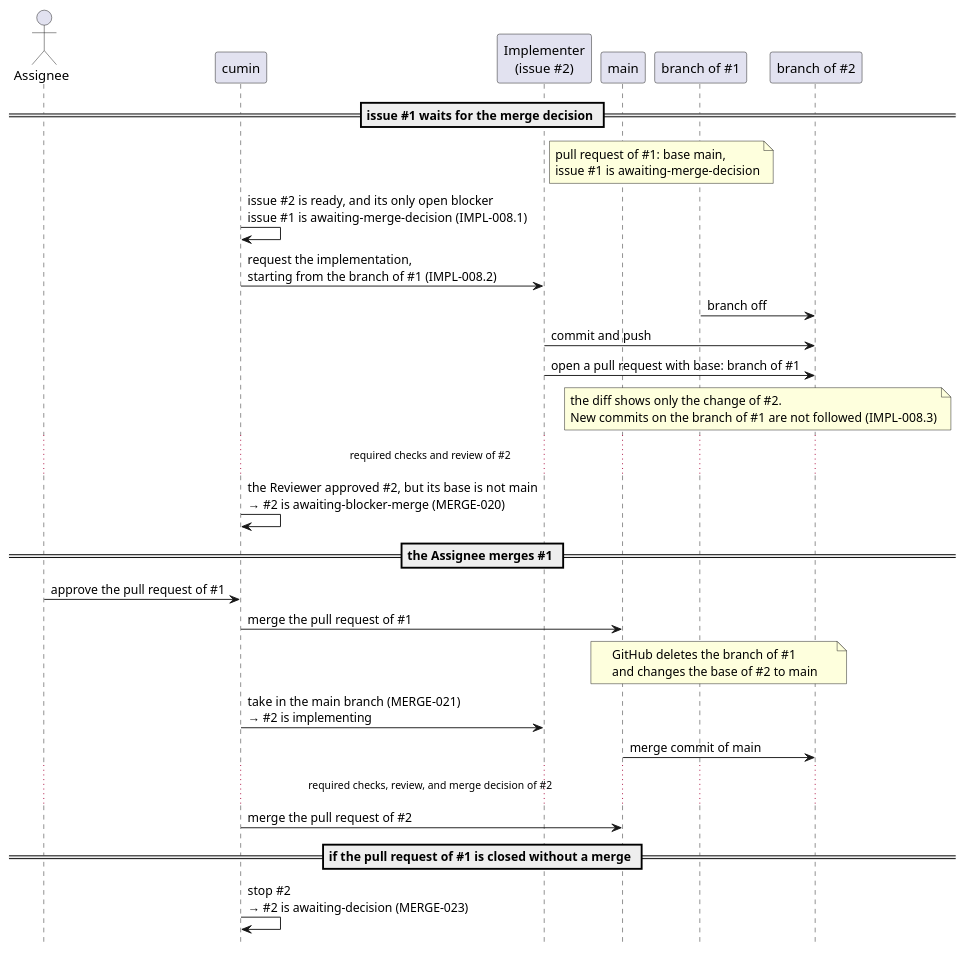
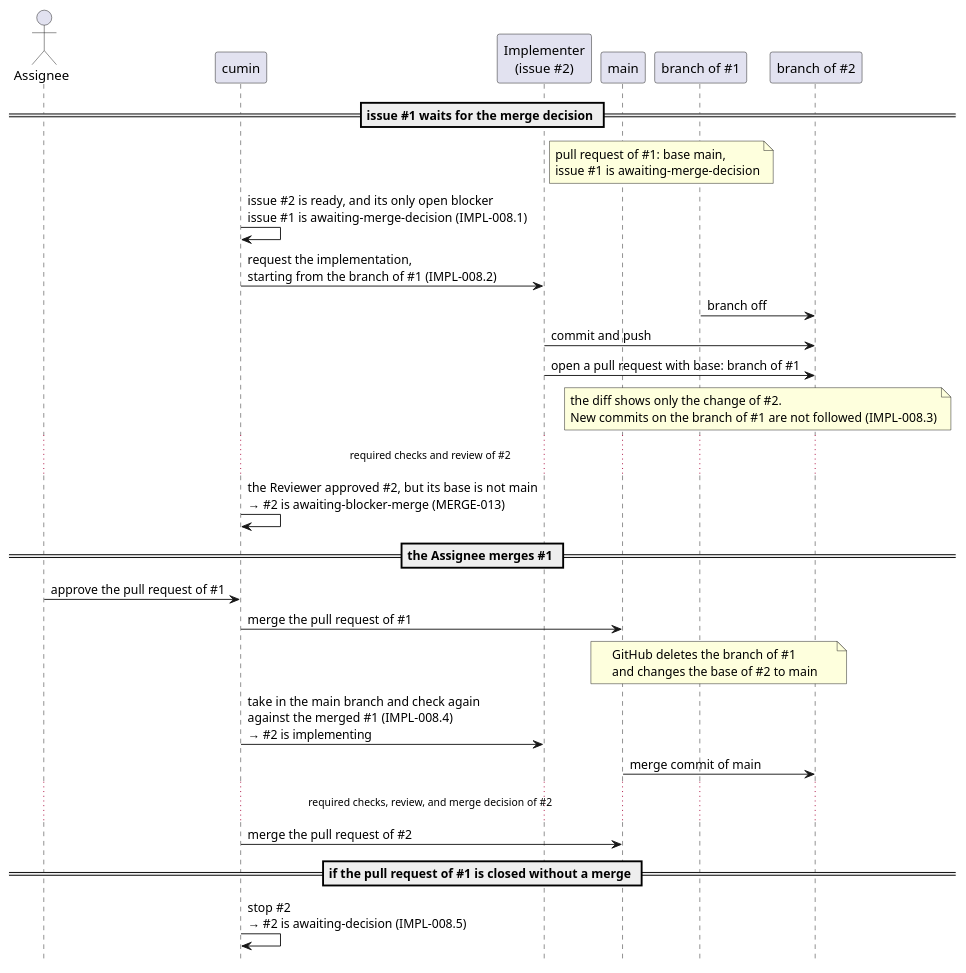
The diagram in docs/ja/requirements/impl/start-from-awaiting-merge-decision.puml (cloveclovedev/cumin-works), drawn with PlantUML before and after one commit. The commit also changed 9 other files, not shown here.

First line of the commit message:
docs(requirements): move taking in the main branch and its stop rules from MERGE to IMPL

```diff
--- a/docs/ja/requirements/impl/start-from-awaiting-merge-decision.puml
+++ b/docs/ja/requirements/impl/start-from-awaiting-merge-decision.puml
@@ -1,46 +1,46 @@
 @startuml start-from-awaiting-merge-decision
 ' cumin-works - an implementation issue that starts from the branch of a pull request
-' that waits for the merge decision (IMPL-008, MERGE-020 to MERGE-023).
+' that waits for the merge decision (IMPL-008, MERGE-013).
 ' Issue #1 is the blocker. Issue #2 is blocked by #1 and starts from the branch of #1.
 ' Render: run scripts/render-diagrams.sh at the root of the repository.
 
 hide footbox
 
 actor "Assignee" as Assignee
 participant "cumin" as Cumin
 participant "Implementer\n(issue #2)" as Impl
 participant "main" as Main
 participant "branch of #1" as B1
 participant "branch of #2" as B2
 
 == issue #1 waits for the merge decision ==
 
 note over Main, B1 : pull request of #1: base main,\nissue #1 is awaiting-merge-decision
 Cumin -> Cumin : issue #2 is ready, and its only open blocker\nissue #1 is awaiting-merge-decision (IMPL-008.1)
 Cumin -> Impl : request the implementation,\nstarting from the branch of #1 (IMPL-008.2)
 B1 -> B2 : branch off
 Impl -> B2 : commit and push
 Impl -> B2 : open a pull request with base: branch of #1
 note over B1, B2 : the diff shows only the change of #2.\nNew commits on the branch of #1 are not followed (IMPL-008.3)
 
 ... required checks and review of #2 ...
 
-Cumin -> Cumin : the Reviewer approved #2, but its base is not main\n→ #2 is awaiting-blocker-merge (MERGE-020)
+Cumin -> Cumin : the Reviewer approved #2, but its base is not main\n→ #2 is awaiting-blocker-merge (MERGE-013)
 
 == the Assignee merges #1 ==
 
 Assignee -> Cumin : approve the pull request of #1
 Cumin -> Main : merge the pull request of #1
 note over Main, B2 : GitHub deletes the branch of #1\nand changes the base of #2 to main
-Cumin -> Impl : take in the main branch (MERGE-021)\n→ #2 is implementing
+Cumin -> Impl : take in the main branch and check again\nagainst the merged #1 (IMPL-008.4)\n→ #2 is implementing
 Main -> B2 : merge commit of main
 
 ... required checks, review, and merge decision of #2 ...
 
 Cumin -> Main : merge the pull request of #2
 
 == if the pull request of #1 is closed without a merge ==
 
-Cumin -> Cumin : stop #2\n→ #2 is awaiting-decision (MERGE-023)
+Cumin -> Cumin : stop #2\n→ #2 is awaiting-decision (IMPL-008.5)
 
 @enduml
```
